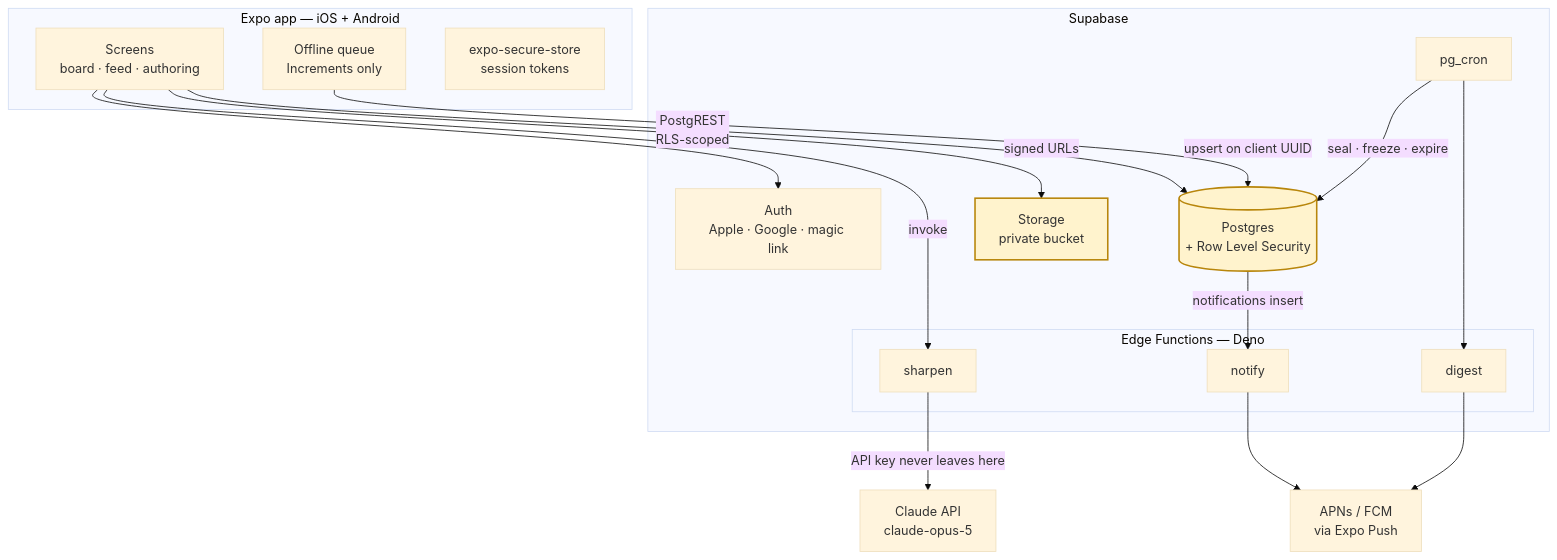
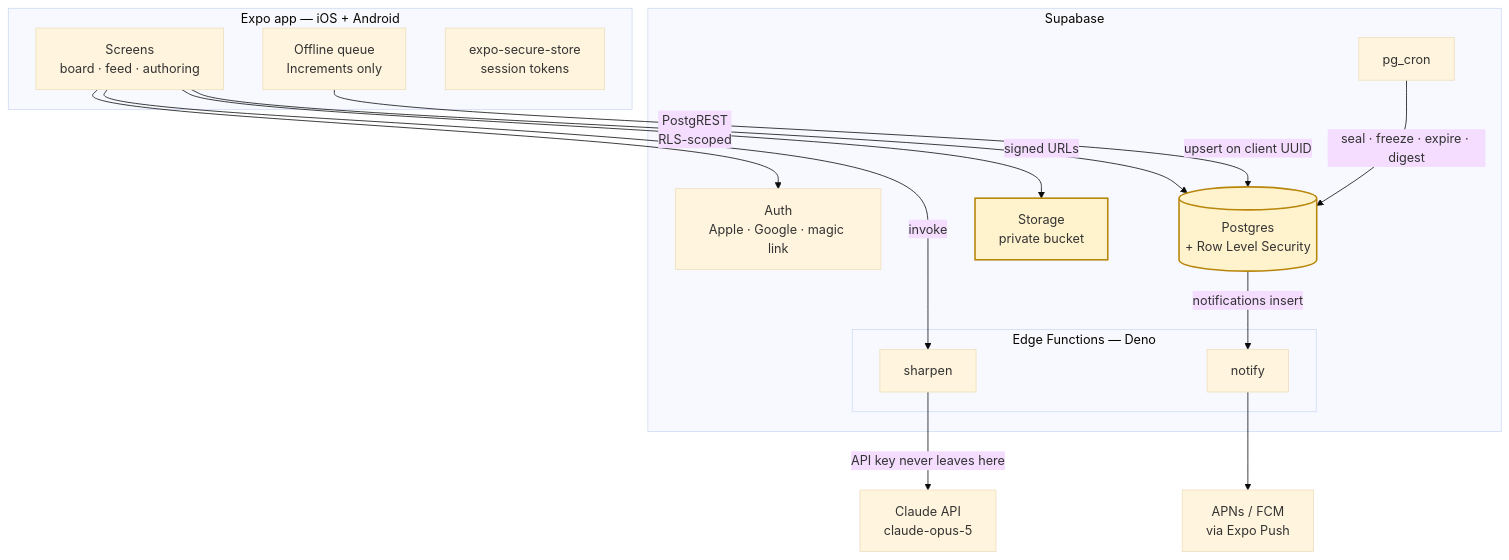
Before and after one commit to DerekHertz/family-bingo: the first of 6 diagrams in docs/api.md, drawn with Mermaid (base theme). The commit also changed other lines of this file and 35 other files, not shown here.

````diff
--- a/docs/api.md
+++ b/docs/api.md
@@ -9,38 +9,35 @@
 ```mermaid
 graph TB
     subgraph client["Expo app — iOS + Android"]
         UI["Screens<br/>board · feed · authoring"]
         Q["Offline queue<br/>Increments only"]
         SS["expo-secure-store<br/>session tokens"]
     end
 
     subgraph supabase["Supabase"]
         AUTH["Auth<br/>Apple · Google · magic link"]
         PG[("Postgres<br/>+ Row Level Security")]
         ST["Storage<br/>private bucket"]
         subgraph fn["Edge Functions — Deno"]
             SHARP["sharpen"]
             PUSH["notify"]
-            DIG["digest"]
         end
         CRON["pg_cron"]
     end
 
     ANTH["Claude API<br/>claude-opus-5"]
     APNS["APNs / FCM<br/>via Expo Push"]
 
     UI -->|"PostgREST<br/>RLS-scoped"| PG
     UI --> AUTH
     UI -->|"signed URLs"| ST
     Q -->|"upsert on client UUID"| PG
     UI -->|"invoke"| SHARP
     SHARP -->|"API key never leaves here"| ANTH
     PG -->|"notifications insert"| PUSH
     PUSH --> APNS
-    CRON -->|"seal · freeze · expire"| PG
-    CRON --> DIG
-    DIG --> APNS
+    CRON -->|"seal · freeze · expire · digest"| PG
 
     classDef sec fill:#fff3cd,stroke:#b8860b,stroke-width:2px
     class PG,ST sec
 ```
````
